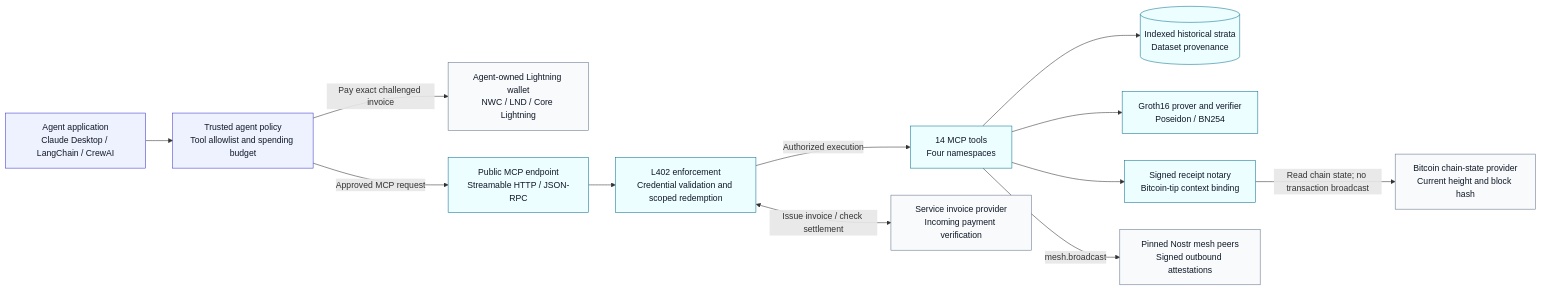
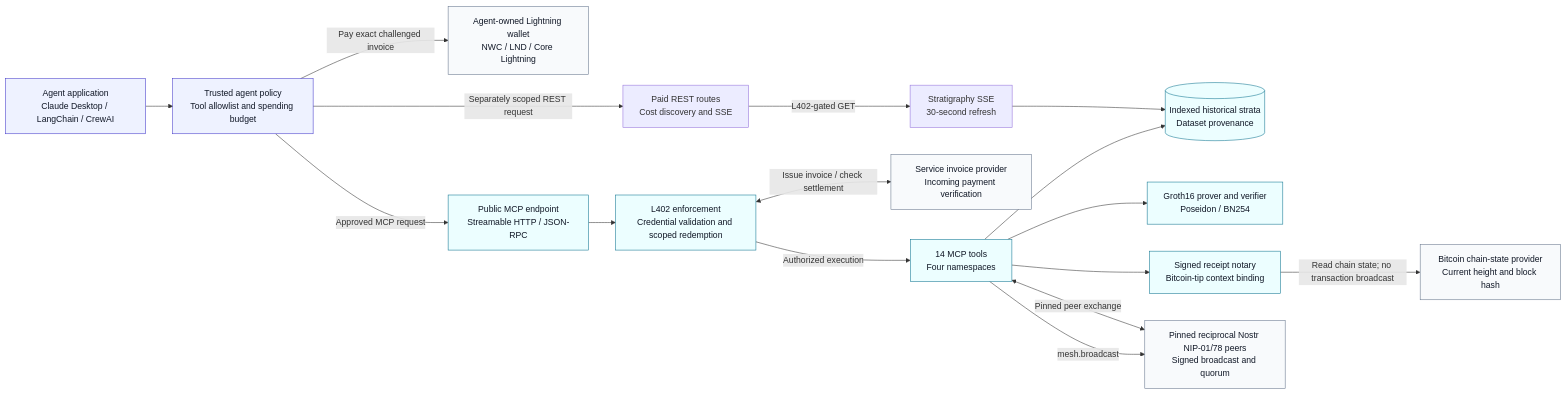
The first of 4 diagrams in docs/ARCHITECTURE.md (CharlesStrogish/bitcoin-stratigraphy-mcp), drawn with Mermaid before and after one commit. The commit also changed other lines of this file and 146 other files, not shown here.

````diff
--- a/docs/ARCHITECTURE.md
+++ b/docs/ARCHITECTURE.md
@@ -28,34 +46,40 @@
 ```mermaid
 flowchart LR
     Agent["Agent application<br/>Claude Desktop / LangChain / CrewAI"]
     Policy["Trusted agent policy<br/>Tool allowlist and spending budget"]
     Payer["Agent-owned Lightning wallet<br/>NWC / LND / Core Lightning"]
     Gateway["Public MCP endpoint<br/>Streamable HTTP / JSON-RPC"]
     Gate["L402 enforcement<br/>Credential validation and scoped redemption"]
     Tools["14 MCP tools<br/>Four namespaces"]
     Data[("Indexed historical strata<br/>Dataset provenance")]
     ZK["Groth16 prover and verifier<br/>Poseidon / BN254"]
     Notary["Signed receipt notary<br/>Bitcoin-tip context binding"]
     Tip["Bitcoin chain-state provider<br/>Current height and block hash"]
-    Mesh["Pinned Nostr mesh peers<br/>Signed outbound attestations"]
+    Mesh["Pinned reciprocal Nostr NIP-01/78 peers<br/>Signed broadcast and quorum"]
     Issuer["Service invoice provider<br/>Incoming payment verification"]
+    Rest["Paid REST routes<br/>Cost discovery and SSE"]
+    Stream["Stratigraphy SSE<br/>30-second refresh"]
 
     Agent --> Policy
     Policy -->|"Approved MCP request"| Gateway
+    Policy -->|"Separately scoped REST request"| Rest
     Policy -->|"Pay exact challenged invoice"| Payer
     Gateway --> Gate
     Gate <-->|"Issue invoice / check settlement"| Issuer
     Gate -->|"Authorized execution"| Tools
     Tools --> Data
     Tools --> ZK
     Tools --> Notary
     Notary -->|"Read chain state; no transaction broadcast"| Tip
     Tools -->|"mesh.broadcast"| Mesh
+    Mesh <-->|"Pinned peer exchange"| Tools
+    Rest -->|"L402-gated GET"| Stream
+    Stream --> Data
 
     classDef agent fill:#eef2ff,stroke:#4338ca,color:#111827;
     classDef service fill:#ecfeff,stroke:#0e7490,color:#111827;
     classDef external fill:#f8fafc,stroke:#64748b,color:#111827;
     class Agent,Policy agent;
     class Gateway,Gate,Tools,Data,ZK,Notary service;
     class Payer,Tip,Mesh,Issuer external;
 ```
````
